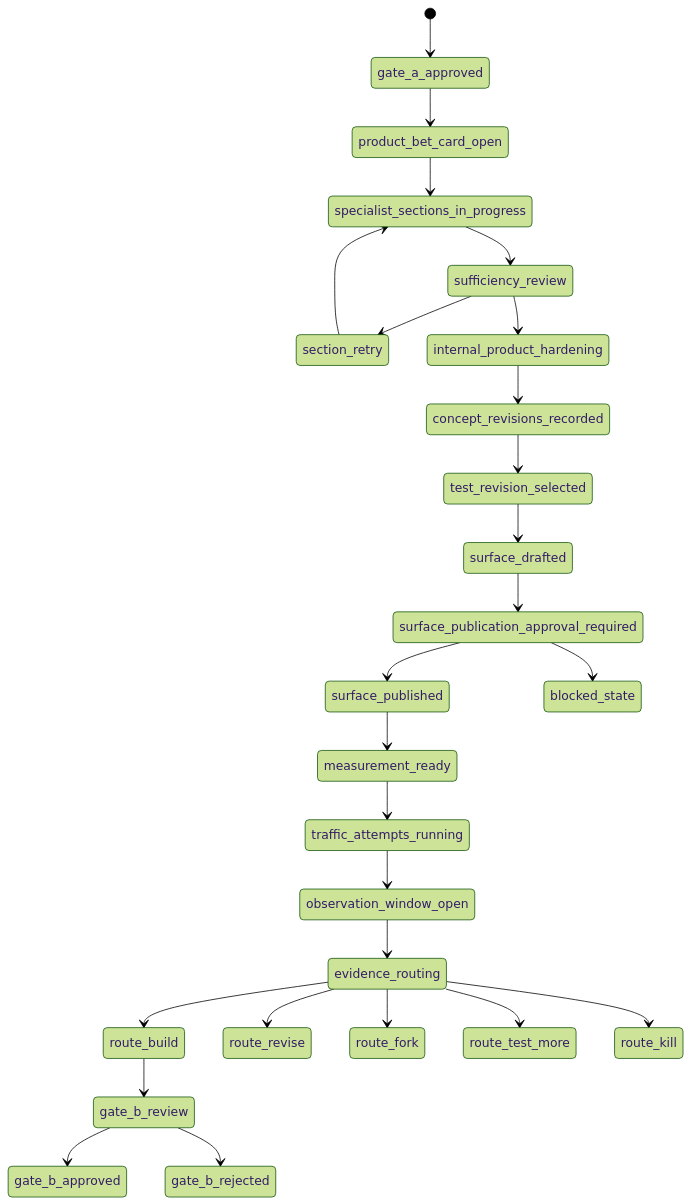
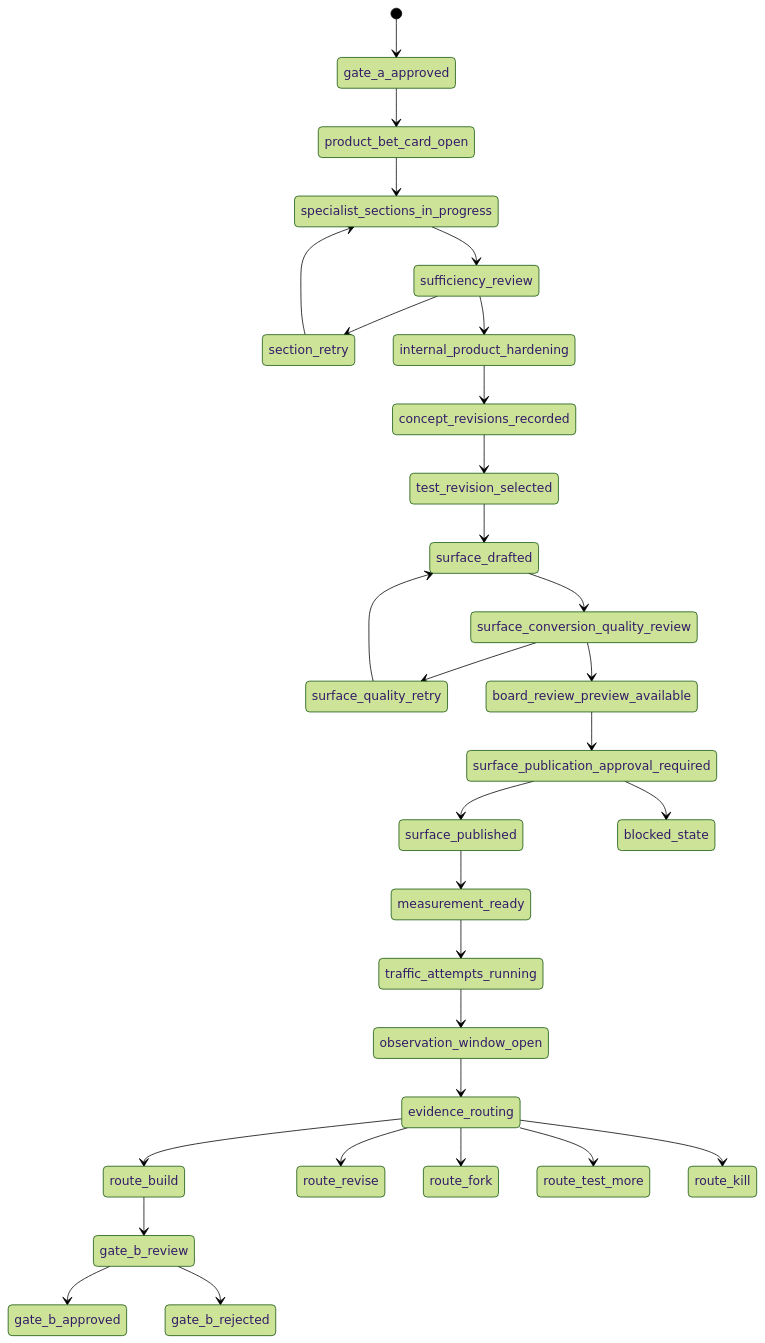
Before and after one commit to Vladick-Pick/Nohum-studio: the second of 4 diagrams in docs/ontology/nohum-operating-ontology.md, drawn with Mermaid (forest theme). The commit also changed other lines of this file and 25 other files, not shown here.

Commit message:
Guard validation surface quality

````diff
--- a/docs/ontology/nohum-operating-ontology.md
+++ b/docs/ontology/nohum-operating-ontology.md
@@ -166,28 +168,32 @@
 ```mermaid
 stateDiagram-v2
   [*] --> gate_a_approved
   gate_a_approved --> product_bet_card_open
   product_bet_card_open --> specialist_sections_in_progress
   specialist_sections_in_progress --> sufficiency_review
   sufficiency_review --> section_retry
   section_retry --> specialist_sections_in_progress
   sufficiency_review --> internal_product_hardening
   internal_product_hardening --> concept_revisions_recorded
   concept_revisions_recorded --> test_revision_selected
   test_revision_selected --> surface_drafted
-  surface_drafted --> surface_publication_approval_required
+  surface_drafted --> surface_conversion_quality_review
+  surface_conversion_quality_review --> surface_quality_retry
+  surface_quality_retry --> surface_drafted
+  surface_conversion_quality_review --> board_review_preview_available
+  board_review_preview_available --> surface_publication_approval_required
   surface_publication_approval_required --> surface_published
   surface_publication_approval_required --> blocked_state
   surface_published --> measurement_ready
   measurement_ready --> traffic_attempts_running
   traffic_attempts_running --> observation_window_open
   observation_window_open --> evidence_routing
   evidence_routing --> route_build
   evidence_routing --> route_revise
   evidence_routing --> route_fork
   evidence_routing --> route_test_more
   evidence_routing --> route_kill
   route_build --> gate_b_review
   gate_b_review --> gate_b_approved
   gate_b_review --> gate_b_rejected
 ```
````
